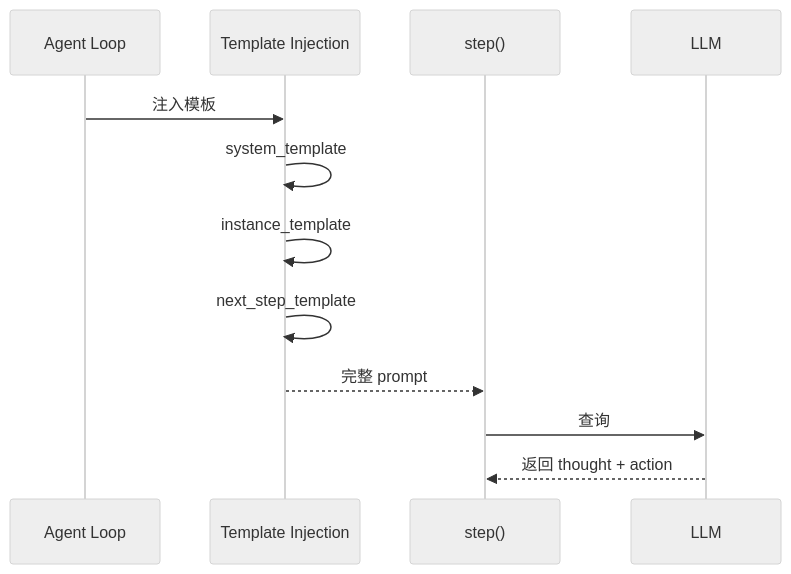
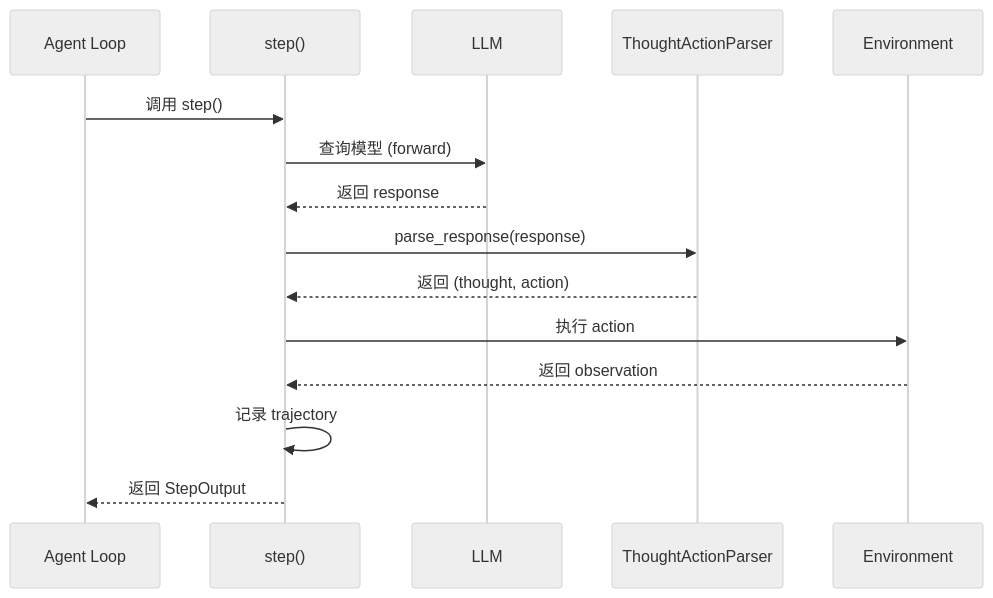
Before and after one commit to giraffe-tree/agent-base: the third of 6 diagrams in docs/swe-agent/questions/swe-agent-plan-and-execute.md, drawn with Mermaid (neutral theme). The commit also changed other lines of this file and 155 other files, not shown here.

````diff
--- a/docs/swe-agent/questions/swe-agent-plan-and-execute.md
+++ b/docs/swe-agent/questions/swe-agent-plan-and-execute.md
@@ -148,15 +234,18 @@
 ```mermaid
 sequenceDiagram
     participant A as Agent Loop
-    participant B as Template Injection
-    participant C as step()
-    participant D as LLM
+    participant B as step()
+    participant C as LLM
+    participant D as ThoughtActionParser
+    participant E as Environment
 
-    A->>B: 注入模板
-    B->>B: system_template
-    B->>B: instance_template
-    B->>B: next_step_template
-    B-->>C: 完整 prompt
-    C->>D: 查询
-    D-->>C: 返回 thought + action
+    A->>B: 调用 step()
+    B->>C: 查询模型 (forward)
+    C-->>B: 返回 response
+    B->>D: parse_response(response)
+    D-->>B: 返回 (thought, action)
+    B->>E: 执行 action
+    E-->>B: 返回 observation
+    B->>B: 记录 trajectory
+    B-->>A: 返回 StepOutput
 ```
````
